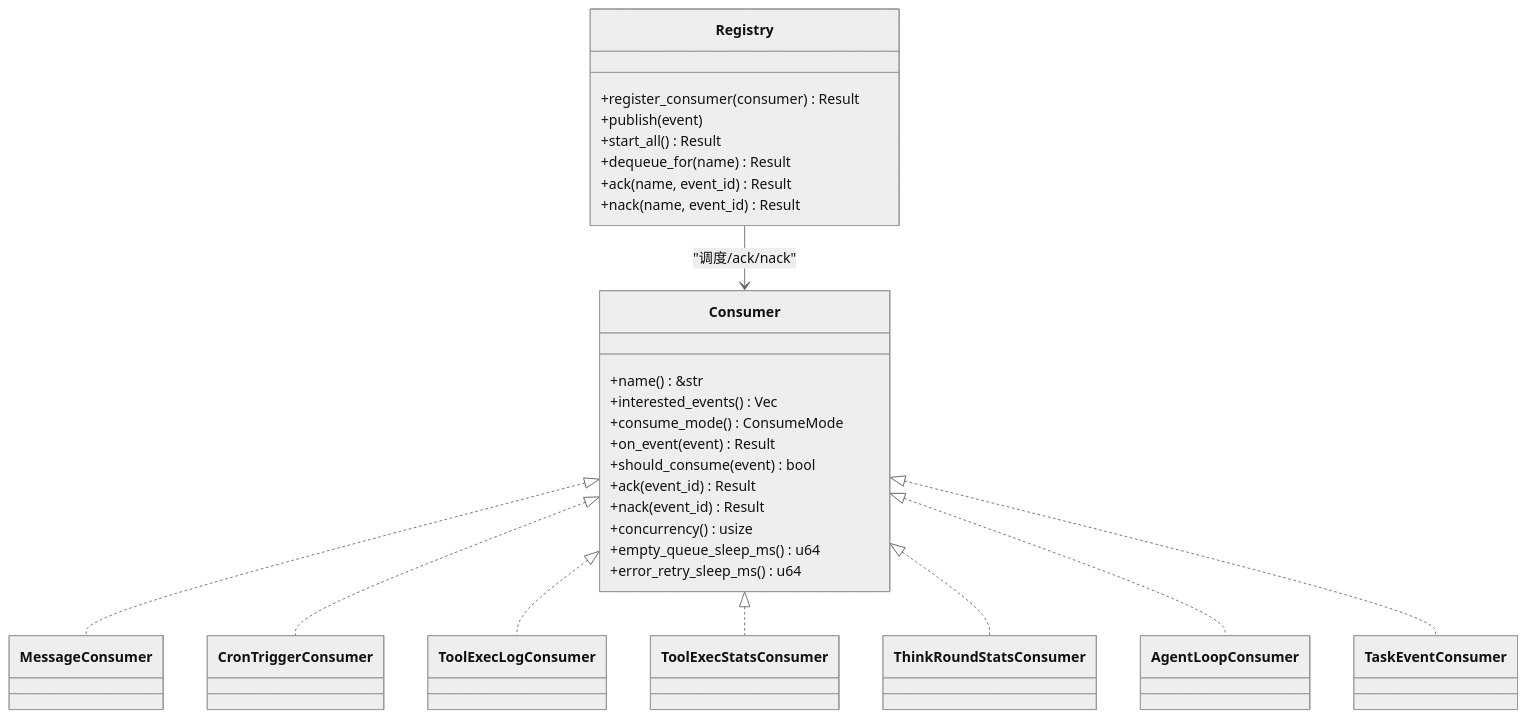
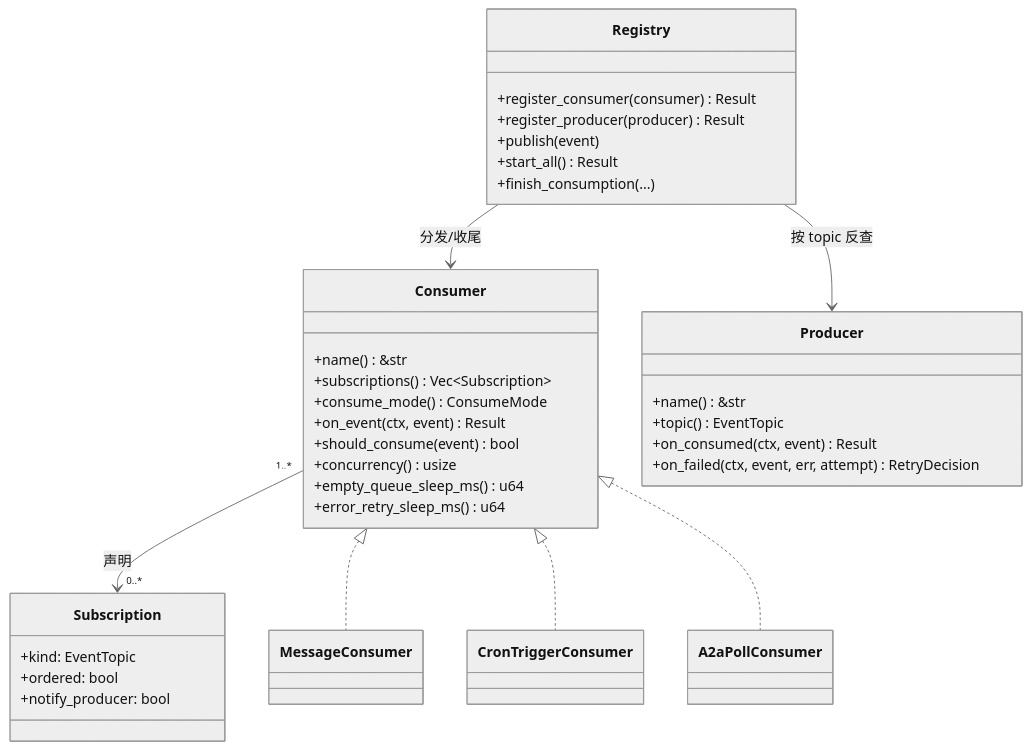
Before and after one commit to runningcoders/ai_orz: the third of 3 diagrams in docs/wiki/zh/content/基础设施/AOP 事件系统/事件消费者/事件消费者.md, drawn with Mermaid (neutral theme). The commit also changed other lines of this file and 37 other files, not shown here.

````diff
--- a/docs/wiki/zh/content/基础设施/AOP 事件系统/事件消费者/事件消费者.md
+++ b/docs/wiki/zh/content/基础设施/AOP 事件系统/事件消费者/事件消费者.md
@@ -284,38 +243,37 @@
 ```mermaid
 classDiagram
 class Consumer {
 +name() &str
-+interested_events() Vec<EventKind>
++subscriptions() Vec~Subscription~
 +consume_mode() ConsumeMode
-+on_event(event) Result
++on_event(ctx, event) Result
 +should_consume(event) bool
-+ack(event_id) Result
-+nack(event_id) Result
 +concurrency() usize
 +empty_queue_sleep_ms() u64
 +error_retry_sleep_ms() u64
 }
+class Subscription {
++kind: EventTopic
++ordered: bool
++notify_producer: bool
+}
 class Registry {
 +register_consumer(consumer) Result
++register_producer(producer) Result
 +publish(event)
 +start_all() Result
-+dequeue_for(name) Result
-+ack(name, event_id) Result
-+nack(name, event_id) Result
++finish_consumption(...)
 }
-class MessageConsumer
-class CronTriggerConsumer
-class ToolExecLogConsumer
-class ToolExecStatsConsumer
-class ThinkRoundStatsConsumer
-class AgentLoopConsumer
-class TaskEventConsumer
+class Producer {
++name() &str
++topic() EventTopic
++on_consumed(ctx, event) Result
++on_failed(ctx, event, err, attempt) RetryDecision
+}
+Consumer "1..*" --> "0..*" Subscription : 声明
 Consumer <|.. MessageConsumer
 Consumer <|.. CronTriggerConsumer
-Consumer <|.. ToolExecLogConsumer
-Consumer <|.. ToolExecStatsConsumer
-Consumer <|.. ThinkRoundStatsConsumer
-Consumer <|.. AgentLoopConsumer
-Consumer <|.. TaskEventConsumer
-Registry --> Consumer : "调度/ack/nack"
+Consumer <|.. A2aPollConsumer
+Registry --> Consumer : 分发/收尾
+Registry --> Producer : 按 topic 反查
 ```
````
